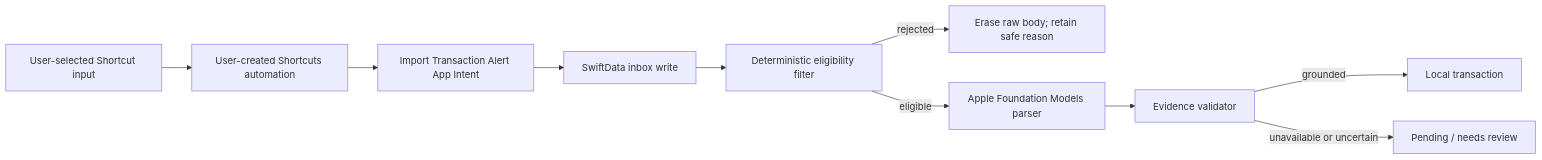
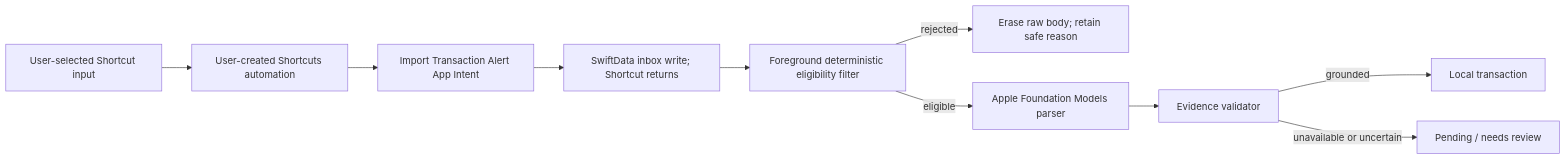
One commit to ManishAradwad/pocket-financer-ios changed the diagram in docs/architecture.md. Above: the diagram before and after it, drawn with Mermaid. The commit also changed other lines of this file and 11 other files, not shown here.

````diff
--- a/docs/architecture.md
+++ b/docs/architecture.md
@@ -7,12 +7,12 @@
 ```mermaid
 flowchart LR
     A["User-selected Shortcut input"] --> B["User-created Shortcuts automation"]
     B --> C["Import Transaction Alert App Intent"]
-    C --> D["SwiftData inbox write"]
-    D --> E["Deterministic eligibility filter"]
+    C --> D["SwiftData inbox write; Shortcut returns"]
+    D --> E["Foreground deterministic eligibility filter"]
     E -->|rejected| F["Erase raw body; retain safe reason"]
     E -->|eligible| G["Apple Foundation Models parser"]
     G --> H["Evidence validator"]
     H -->|grounded| I["Local transaction"]
     H -->|unavailable or uncertain| J["Pending / needs review"]
 ```
````
